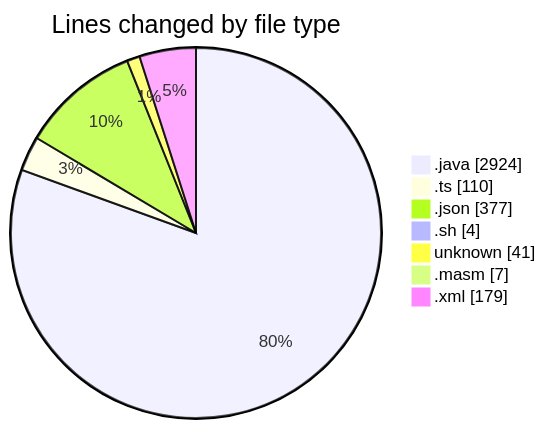
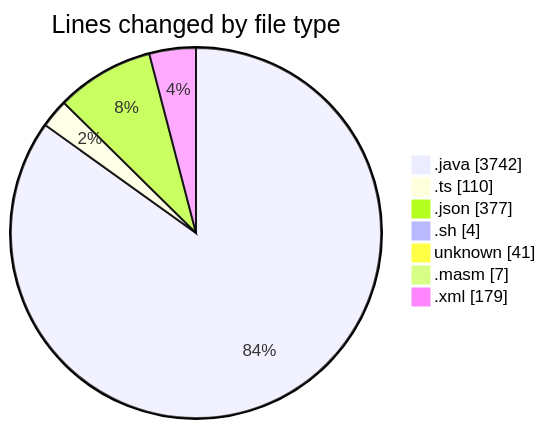
The first of 2 diagrams in 2025-02-20/micros/README.md (charlie-sans/code-tracking), drawn with Mermaid before and after one commit. The commit also changed other lines of this file and 1 other file, not shown here.

````diff
--- a/2025-02-20/micros/README.md
+++ b/2025-02-20/micros/README.md
@@ -38,11 +39,11 @@
 ```mermaid
 pie showData
 title Lines changed by file type
-".java" : 2924
+".java" : 3742
 ".ts" : 110
 ".json" : 377
 ".sh" : 4
 "unknown" : 41
 ".masm" : 7
 ".xml" : 179
 ```
````
